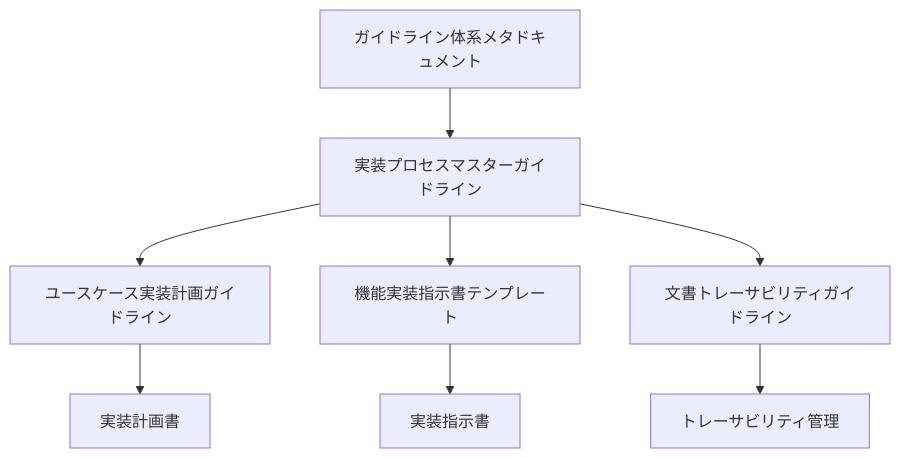
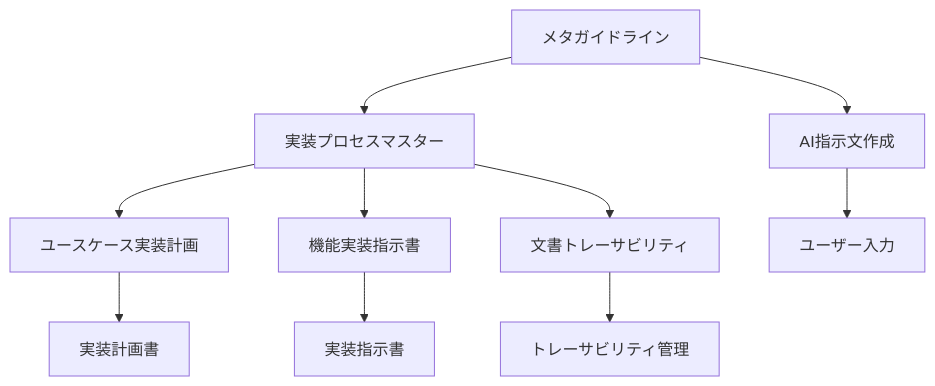
One commit to amano--/any changed the diagram in we-edit/docs/draft/guidelines/meta-guidelines.md. Above: the diagram before and after it, drawn with Mermaid. The commit also changed other lines of this file and 3 other files, not shown here.

````diff
--- a/we-edit/docs/draft/guidelines/meta-guidelines.md
+++ b/we-edit/docs/draft/guidelines/meta-guidelines.md
@@ -9,10 +9,12 @@
 ```mermaid
 graph TD
-    A[ガイドライン体系メタドキュメント] --> B[実装プロセスマスターガイドライン]
-    B --> C[ユースケース実装計画ガイドライン]
-    B --> D[機能実装指示書テンプレート]
-    B --> E[文書トレーサビリティガイドライン]
-    C --> F[実装計画書]
-    D --> G[実装指示書]
-    E --> H[トレーサビリティ管理]
+    A[メタガイドライン] --> B[実装プロセスマスター]
+    A --> C[AI指示文作成]
+    B --> D[ユースケース実装計画]
+    B --> E[機能実装指示書]
+    B --> F[文書トレーサビリティ]
+    C --> G[ユーザー入力]
+    D --> H[実装計画書]
+    E --> I[実装指示書]
+    F --> J[トレーサビリティ管理]
 ```
````
